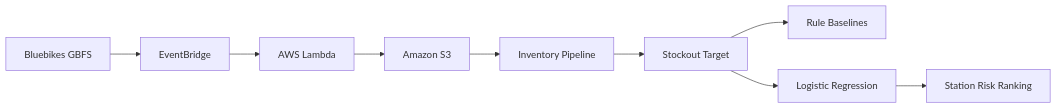
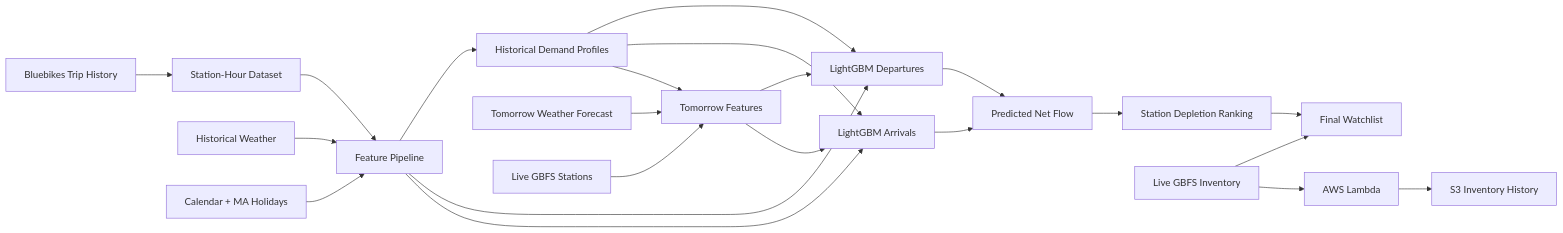
One commit to kcrokkam/bluebikes-intelligence changed the diagram in README.md. Above: the diagram before and after it, drawn with Mermaid. The commit also changed other lines of this file and 22 other files, not shown here.

First line of the commit message:
Build next-day Bluebikes demand forecasting system

````diff
--- a/README.md
+++ b/README.md
@@ -13,11 +87,27 @@
 ```mermaid
 flowchart LR
-    A[Bluebikes GBFS] --> B[EventBridge]
-    B --> C[AWS Lambda]
-    C --> D[Amazon S3]
-    D --> E[Inventory Pipeline]
-    E --> F[Stockout Target]
-    F --> G[Rule Baselines]
-    F --> H[Logistic Regression]
-    H --> I[Station Risk Ranking]
+    A[Bluebikes Trip History] --> B[Station-Hour Dataset]
+    C[Historical Weather] --> D[Feature Pipeline]
+    E[Calendar + MA Holidays] --> D
+    B --> D
+    D --> F[Historical Demand Profiles]
+    D --> G[LightGBM Departures]
+    D --> H[LightGBM Arrivals]
+    F --> G
+    F --> H
+    G --> I[Predicted Net Flow]
+    H --> I
+    I --> J[Station Depletion Ranking]
+
+    K[Tomorrow Weather Forecast] --> L[Tomorrow Features]
+    M[Live GBFS Stations] --> L
+    F --> L
+    L --> G
+    L --> H
+
+    N[Live GBFS Inventory] --> O[Final Watchlist]
+    J --> O
+
+    N --> P[AWS Lambda]
+    P --> Q[S3 Inventory History]
 ```
````
